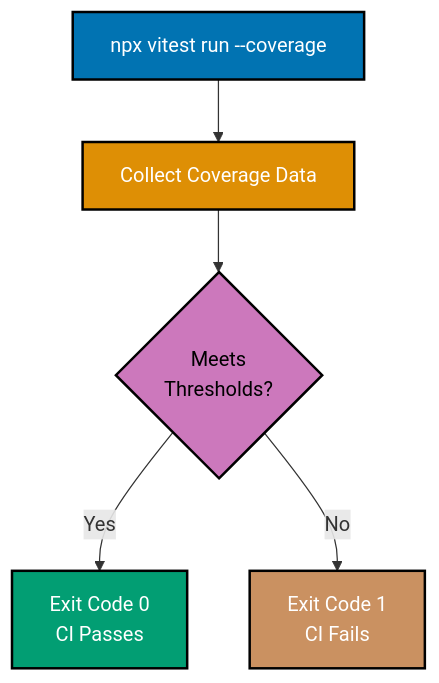
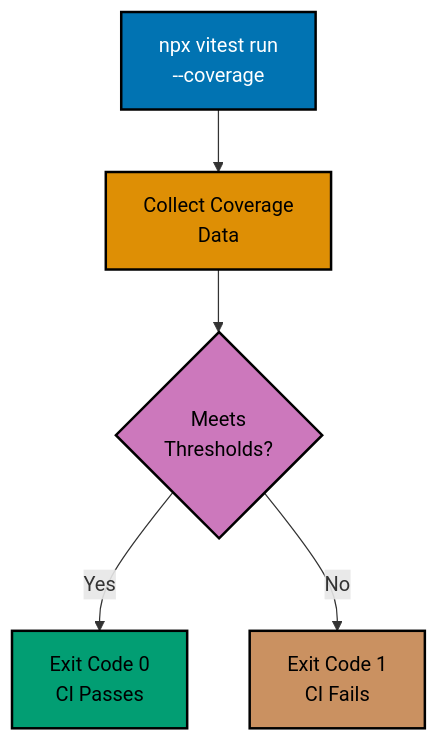
The sixth of 9 diagrams in apps/ayokoding-www/content/en/learn/legacy/software-engineering/automation-testing/tools/vitest/by-example/advanced.md (wahidyankf/ose-public), drawn with Mermaid before and after one commit. The commit also changed other lines of this file and 131 other files, not shown here.

First line of the commit message:
fix(mermaid): bring the legacy data, infrastructure, and testing diagrams onto the accessible palette

````diff
--- a/apps/ayokoding-www/content/en/learn/legacy/software-engineering/automation-testing/tools/vitest/by-example/advanced.md
+++ b/apps/ayokoding-www/content/en/learn/legacy/software-engineering/automation-testing/tools/vitest/by-example/advanced.md
@@ -1184,14 +1222,22 @@
 ```mermaid
 %% Color Palette: Blue #0173B2, Orange #DE8F05, Teal #029E73, Purple #CC78BC, Brown #CA9161
 graph TD
-    A["npx vitest run --coverage"] --> B["Collect Coverage Data"]
+    accTitle: Example 74: Coverage Enforcement in CI
+    accDescr: Graph with 6 nodes and 5 connections. Nodes: A, coverage, Collect Coverage Data, Meets Thresholds?, Exit Code 0 CI Passes, Exit Code 1 CI Fails. Connections: A to coverage, coverage to Collect Coverage Data, Collect Coverage Data to Meets Thresholds?, Meets Thresholds? to Exit Code 0 CI Passes (Yes), Meets Thresholds? to Exit Code 1 CI Fails (No).
+    A["npx vitest run<br/>--coverage"] --> B["Collect Coverage<br/>Data"]
     B --> C{"Meets<br/>Thresholds?"}
     C -->|Yes| D["Exit Code 0<br/>CI Passes"]
     C -->|No| E["Exit Code 1<br/>CI Fails"]
 
-    style A fill:#0173B2,stroke:#000000,stroke-width:2px,color:#fff
-    style B fill:#DE8F05,stroke:#000000,stroke-width:2px,color:#fff
-    style C fill:#CC78BC,stroke:#000000,stroke-width:2px,color:#000
-    style D fill:#029E73,stroke:#000000,stroke-width:2px,color:#fff
-    style E fill:#CA9161,stroke:#000000,stroke-width:2px,color:#fff
+    classDef pal-0173B2 fill:#0173B2,stroke:#000000,color:#FFFFFF,stroke-width:2px
+    class A pal-0173B2
+    classDef pal-DE8F05 fill:#DE8F05,stroke:#000000,color:#000000,stroke-width:2px
+    class B pal-DE8F05
+    classDef pal-CC78BC fill:#CC78BC,stroke:#000000,color:#000000,stroke-width:2px
+    class C pal-CC78BC
+    classDef pal-029E73 fill:#029E73,stroke:#000000,color:#000000,stroke-width:2px
+    class D pal-029E73
+    classDef pal-CA9161 fill:#CA9161,stroke:#000000,color:#000000,stroke-width:2px
+    class E pal-CA9161
+    classDef default fill:#FFFFFF,stroke:#000000,color:#000000
 ```
````
